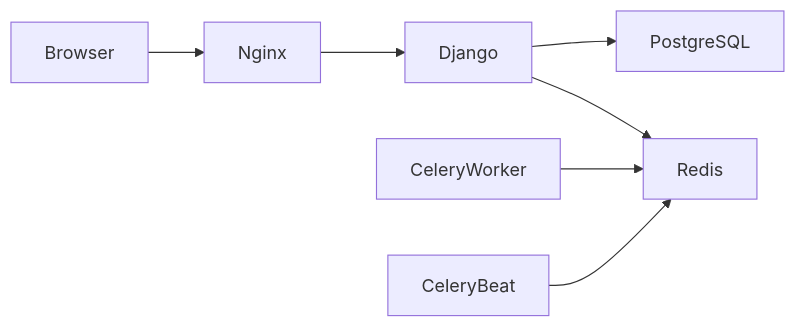
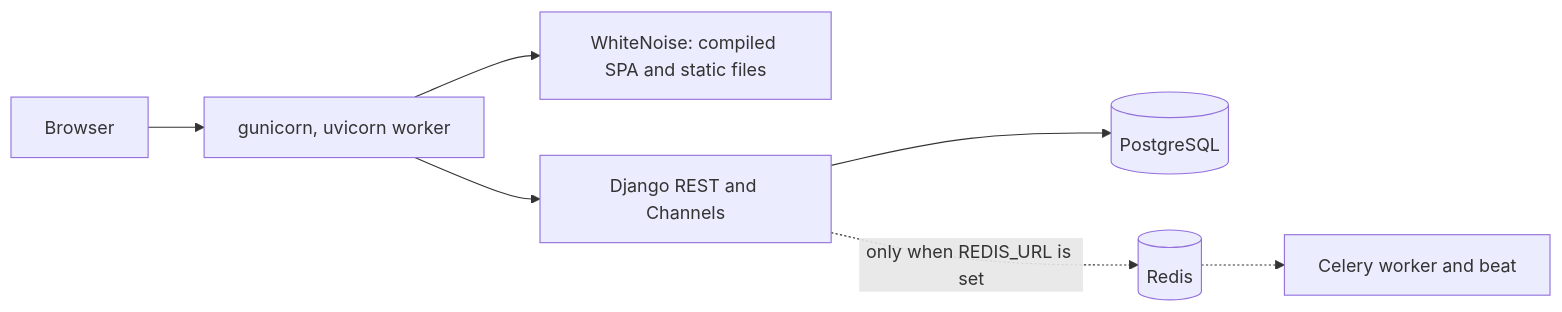
Before and after one commit to krkolodziej/leaguehub: the first of 2 diagrams in README.md, drawn with Mermaid. The commit also changed other lines of this file and 1 other file, not shown here.

````diff
--- a/README.md
+++ b/README.md
@@ -274,8 +160,9 @@
 ```mermaid
 flowchart LR
-  Browser --> Nginx --> Django
-  Django --> PostgreSQL
-  Django --> Redis
-  CeleryWorker --> Redis
-  CeleryBeat --> Redis
+  Browser --> Web["gunicorn, uvicorn worker"]
+  Web --> Static["WhiteNoise: compiled SPA and static files"]
+  Web --> API["Django REST and Channels"]
+  API --> PostgreSQL[(PostgreSQL)]
+  API -. only when REDIS_URL is set .-> Redis[(Redis)]
+  Redis -.-> Celery["Celery worker and beat"]
 ```
````
